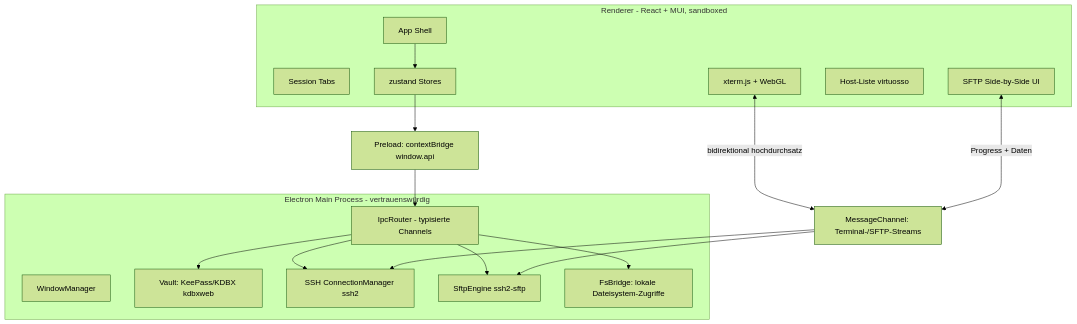
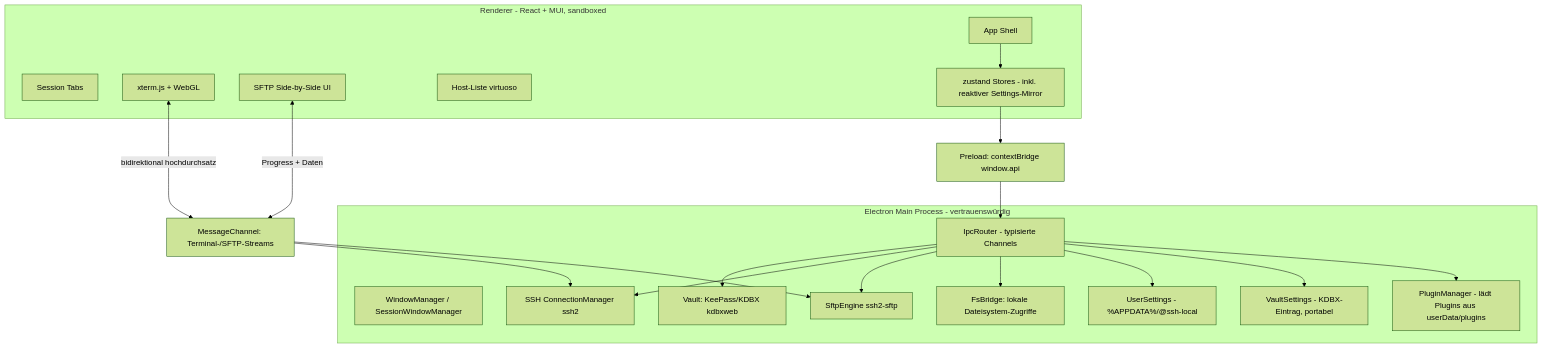
The first of 2 diagrams in ARCHITECTURE.md (alexanderkochdev/local-ssh-central), drawn with Mermaid (forest theme) before and after one commit. The commit also changed other lines of this file and 45 other files, not shown here.

````diff
--- a/ARCHITECTURE.md
+++ b/ARCHITECTURE.md
@@ -15,35 +15,41 @@
 ```mermaid
 graph TD
   subgraph Main Process [Electron Main Process - vertrauenswürdig]
-    WM[WindowManager]
+    WM[WindowManager / SessionWindowManager]
     V[Vault: KeePass/KDBX kdbxweb]
     CM[SSH ConnectionManager ssh2]
     SE[SftpEngine ssh2-sftp]
     FS[FsBridge: lokale Dateisystem-Zugriffe]
+    US[UserSettings - %APPDATA%/@ssh-local]
+    VS[VaultSettings - KDBX-Eintrag, portabel]
+    PM[PluginManager - lädt Plugins aus userData/plugins]
     RPC[IpcRouter - typisierte Channels]
   end
 
   subgraph Renderer [Renderer - React + MUI, sandboxed]
     APP[App Shell]
     TABS[Session Tabs]
     TERM[xterm.js + WebGL]
     SFTP[SFTP Side-by-Side UI]
-    HOSTS[Host-Liste virtuosso]
-    STORE[zustand Stores]
+    HOSTS[Host-Liste virtuoso]
+    STORE[zustand Stores - inkl. reaktiver Settings-Mirror]
   end
 
   P[Preload: contextBridge window.api]
   MS[MessageChannel: Terminal-/SFTP-Streams]
 
   RPC --> V
   RPC --> CM
   RPC --> SE
   RPC --> FS
+  RPC --> US
+  RPC --> VS
+  RPC --> PM
   APP --> STORE
   STORE --> P
   P --> RPC
   TERM <-->|bidirektional hochdurchsatz| MS
   SFTP <-->|Progress + Daten| MS
   MS --> CM
   MS --> SE
 ```
````
